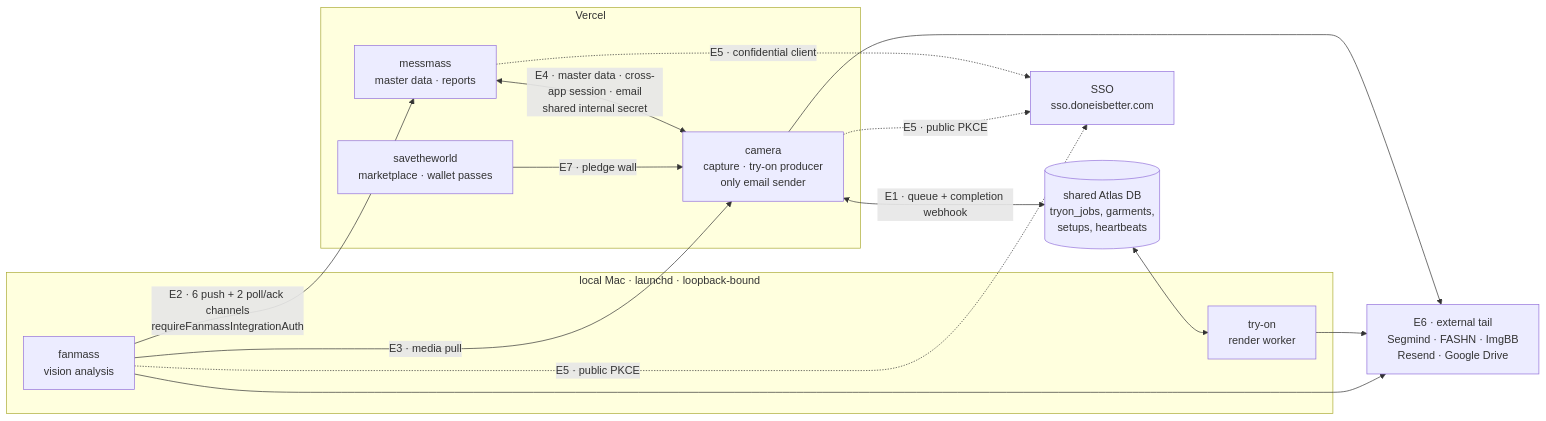
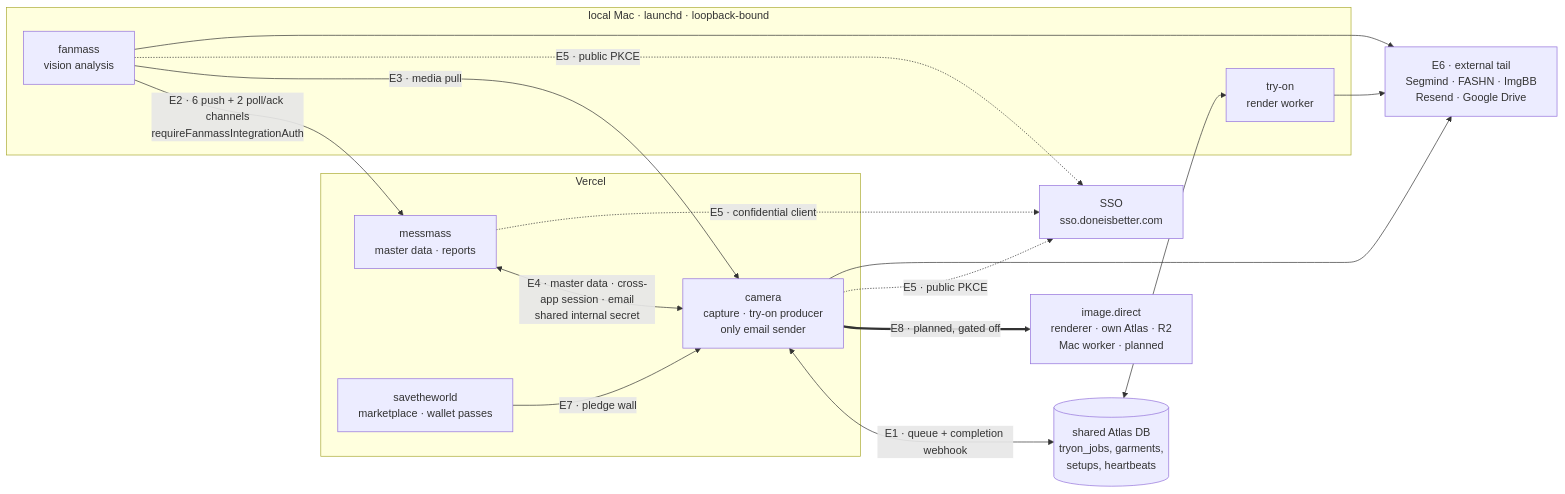
One commit to moldovancsaba/messmass changed the diagram in docs/_audit/fleet-architecture.md. Above: the diagram before and after it, drawn with Mermaid. The commit also changed other lines of this file and 9 other files, not shown here.

First line of the commit message:
docs: project status 2026-10-02 (fleet state, image.direct edge, paused services) (#423)

````diff
--- a/docs/_audit/fleet-architecture.md
+++ b/docs/_audit/fleet-architecture.md
@@ -67,32 +98,34 @@
 ```mermaid
 flowchart LR
   subgraph vercel["Vercel"]
     MM["messmass<br/>master data · reports"]
     CAM["camera<br/>capture · try-on producer<br/>only email sender"]
     STW["savetheworld<br/>marketplace · wallet passes"]
   end
 
   subgraph localmac["local Mac · launchd · loopback-bound"]
     FAN["fanmass<br/>vision analysis"]
     TRY["try-on<br/>render worker"]
   end
 
+  IMD["image.direct<br/>renderer · own Atlas · R2<br/>Mac worker · planned"]
   SSO["SSO<br/>sso.doneisbetter.com"]
   ATLAS[("shared Atlas DB<br/>tryon_jobs, garments,<br/>setups, heartbeats")]
 
   CAM <-->|"E1 · queue + completion webhook"| ATLAS
   ATLAS <--> TRY
   FAN -->|"E2 · 6 push + 2 poll/ack channels<br/>requireFanmassIntegrationAuth"| MM
   FAN -->|"E3 · media pull"| CAM
   MM <-->|"E4 · master data · cross-app session · email<br/>shared internal secret"| CAM
   STW -->|"E7 · pledge wall"| CAM
+  CAM ==>|"E8 · planned, gated off"| IMD
 
   MM -.->|"E5 · confidential client"| SSO
   CAM -.->|"E5 · public PKCE"| SSO
   FAN -.->|"E5 · public PKCE"| SSO
 
   EXT["E6 · external tail<br/>Segmind · FASHN · ImgBB<br/>Resend · Google Drive"]
   CAM --> EXT
   TRY --> EXT
   FAN --> EXT
 ```
````
